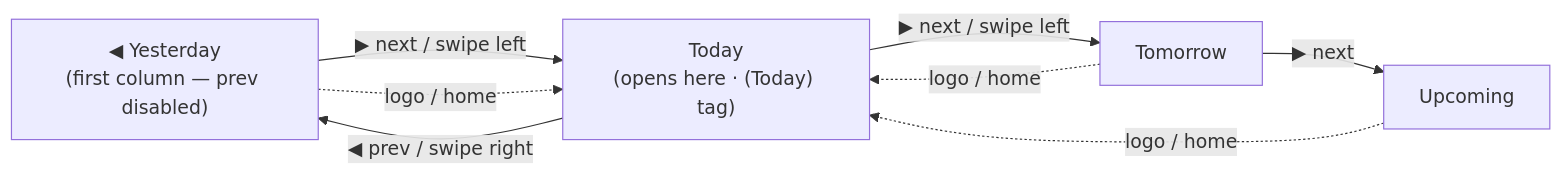
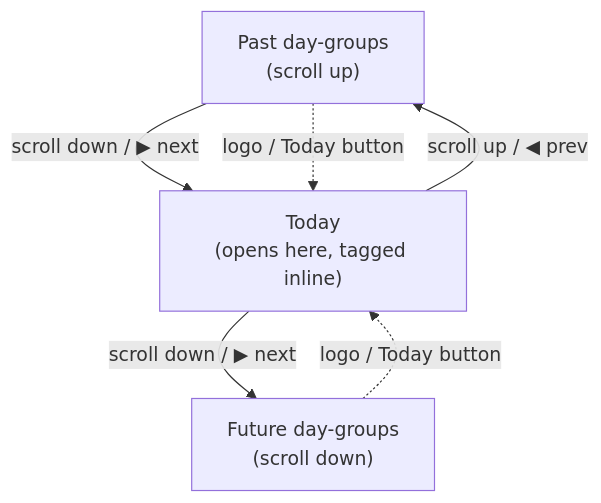
One commit to stutek/LibrePT changed the diagram in use_cases/uc5_session_day_deck_and_deep_links.md. Above: the diagram before and after it, drawn with Mermaid. The commit also changed other lines of this file and 22 other files, not shown here.

````diff
--- a/use_cases/uc5_session_day_deck_and_deep_links.md
+++ b/use_cases/uc5_session_day_deck_and_deep_links.md
@@ -41,15 +43,12 @@
 ```mermaid
-graph LR
-    Y["◀ Yesterday<br/>(first column — prev disabled)"]
-    T["Today<br/>(opens here · (Today) tag)"]
-    M["Tomorrow"]
-    U["Upcoming"]
+graph TD
+    P["Past day-groups<br/>(scroll up)"]
+    T["Today<br/>(opens here, tagged inline)"]
+    F["Future day-groups<br/>(scroll down)"]
 
-    Y -- "▶ next / swipe left" --> T
-    T -- "◀ prev / swipe right" --> Y
-    T -- "▶ next / swipe left" --> M
-    M -- "▶ next" --> U
-    U -. "logo / home" .-> T
-    M -. "logo / home" .-> T
-    Y -. "logo / home" .-> T
+    P -- "scroll down / ▶ next" --> T
+    T -- "scroll up / ◀ prev" --> P
+    T -- "scroll down / ▶ next" --> F
+    F -. "logo / Today button" .-> T
+    P -. "logo / Today button" .-> T
 ```
````
